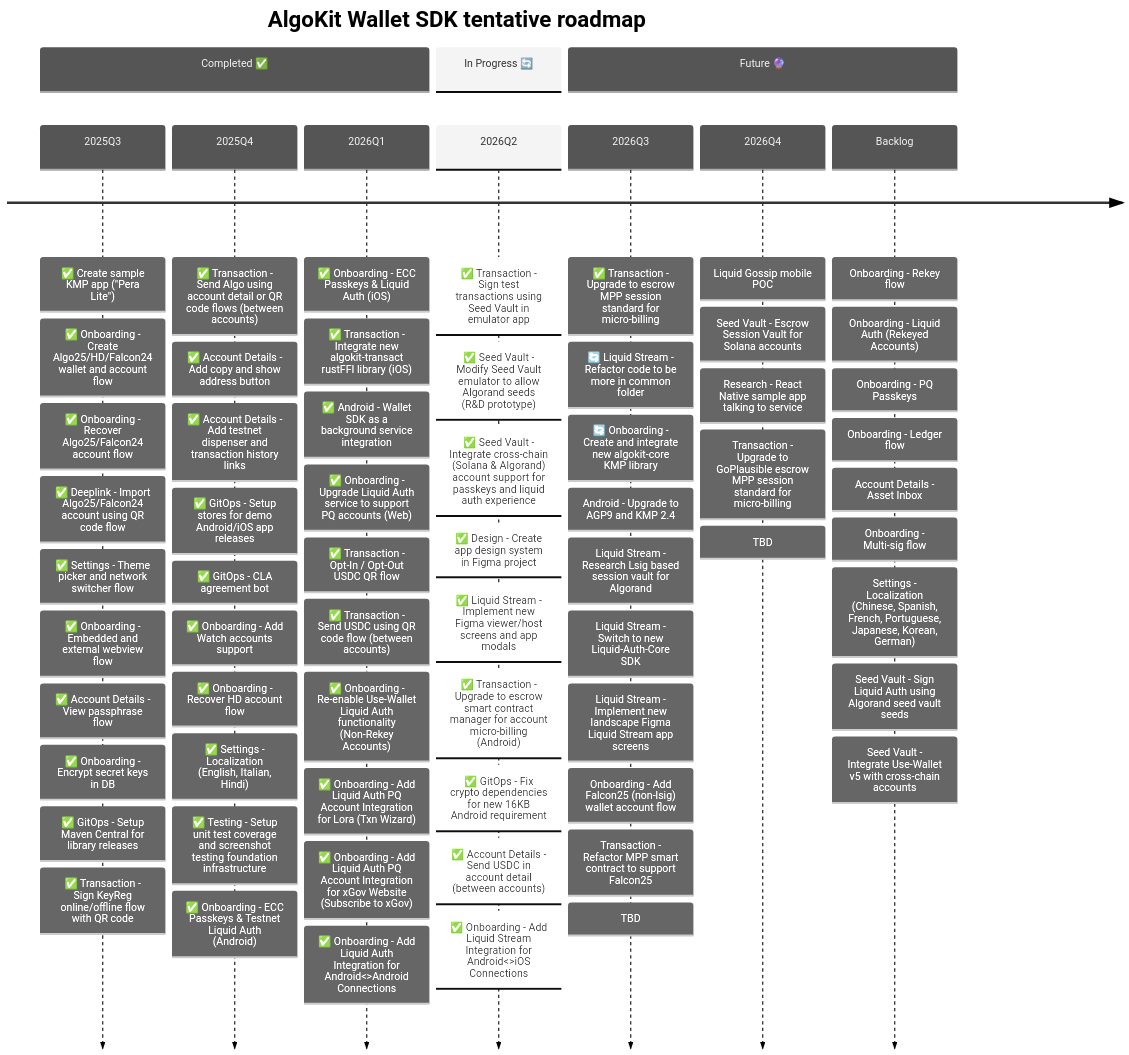
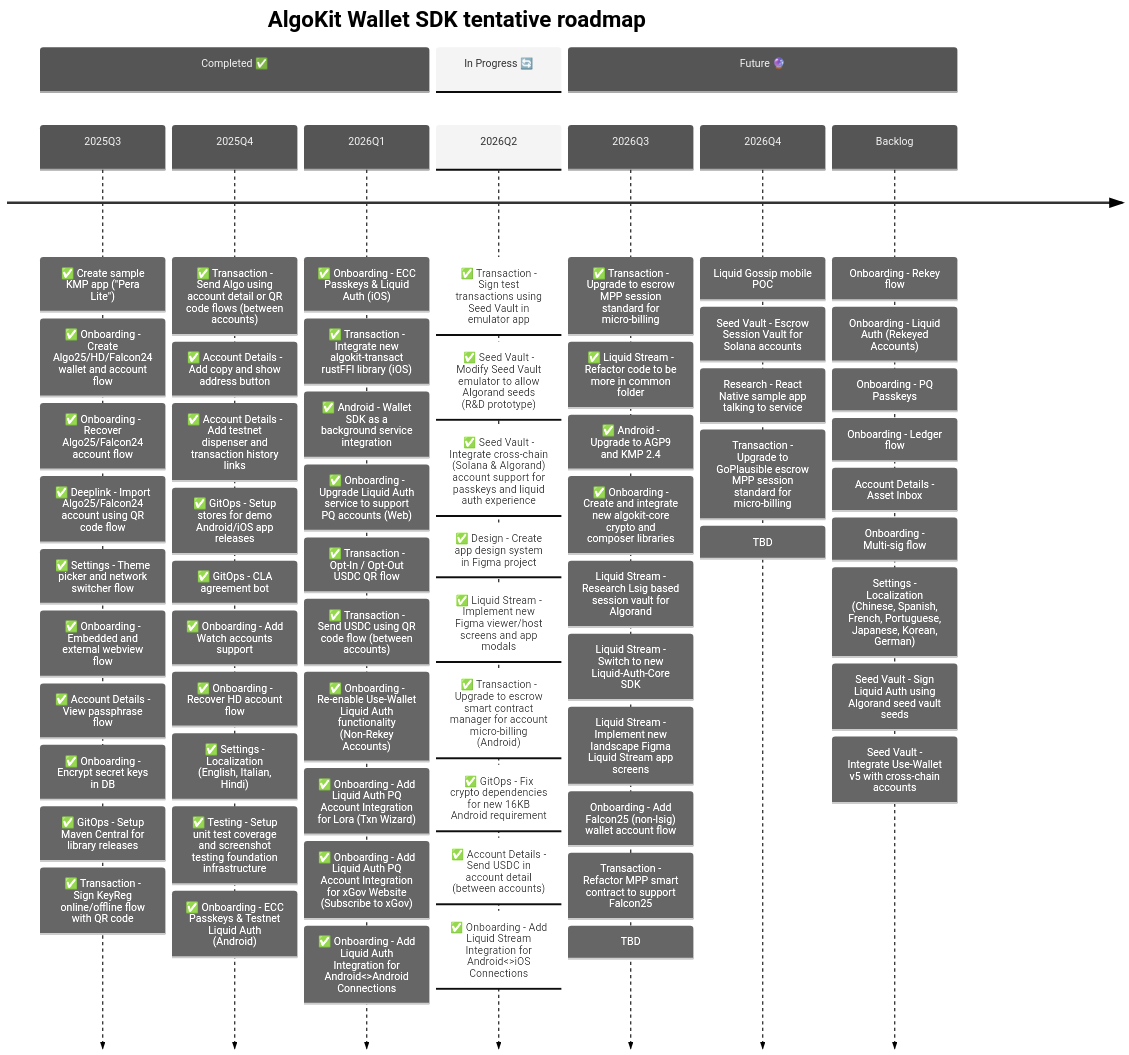
The second of 3 diagrams in README.md (michaeltchuangllc/algokit-walletsdk-kmp), drawn with Mermaid before and after one commit.

Commit message:
docs: update roadmap

````diff
--- a/README.md
+++ b/README.md
@@ -69,82 +69,82 @@
 ```mermaid
 ---
 config:
   theme: 'neutral'
 ---
 timeline
     title AlgoKit Wallet SDK tentative roadmap
 
     section Completed ✅
     2025Q3  : ✅ Create sample KMP app ("Pera Lite")
             : ✅ Onboarding - Create Algo25/HD/Falcon24 wallet and account flow
             : ✅ Onboarding - Recover Algo25/Falcon24 account flow
             : ✅ Deeplink - Import Algo25/Falcon24 account using QR code flow
             : ✅ Settings - Theme picker and network switcher flow
             : ✅ Onboarding - Embedded and external webview flow
             : ✅ Account Details - View passphrase flow
             : ✅ Onboarding - Encrypt secret keys in DB
             : ✅ GitOps - Setup Maven Central for library releases
             : ✅ Transaction - Sign KeyReg online/offline flow with QR code
 
     2025Q4  : ✅ Transaction - Send Algo using account detail or QR code flows (between accounts)
             : ✅ Account Details - Add copy and show address button
             : ✅ Account Details - Add testnet dispenser and transaction history links
             : ✅ GitOps - Setup stores for demo Android/iOS app releases
             : ✅ GitOps - CLA agreement bot
             : ✅ Onboarding - Add Watch accounts support
             : ✅ Onboarding - Recover HD account flow
             : ✅ Settings - Localization (English, Italian, Hindi)
             : ✅ Testing - Setup unit test coverage and screenshot testing foundation infrastructure
             : ✅ Onboarding - ECC Passkeys & Testnet Liquid Auth (Android)
 
     2026Q1  : ✅ Onboarding - ECC Passkeys & Liquid Auth (iOS)
             : ✅ Transaction - Integrate new algokit-transact rustFFI library (iOS)
             : ✅ Android - Wallet SDK as a background service integration
             : ✅ Onboarding - Upgrade Liquid Auth service to support PQ accounts (Web)
             : ✅ Transaction - Opt-In / Opt-Out USDC QR flow
             : ✅ Transaction - Send USDC using QR code flow (between accounts)
             : ✅ Onboarding - Re-enable Use-Wallet Liquid Auth functionality (Non-Rekey Accounts)
             : ✅ Onboarding - Add Liquid Auth PQ Account Integration for Lora (Txn Wizard)
             : ✅ Onboarding - Add Liquid Auth PQ Account Integration for xGov Website (Subscribe to xGov)
             : ✅ Onboarding - Add Liquid Auth Integration for Android<>Android Connections
 
     section In Progress 🔄
     2026Q2  : ✅ Transaction - Sign test transactions using Seed Vault in emulator app
             : ✅ Seed Vault - Modify Seed Vault emulator to allow Algorand seeds (R&D prototype)
             : ✅ Seed Vault - Integrate cross-chain (Solana & Algorand) account support for passkeys and liquid auth experience
             : ✅ Design - Create app design system in Figma project
             : ✅ Liquid Stream - Implement new Figma viewer/host screens and app modals
             : ✅ Transaction - Upgrade to escrow smart contract manager for account micro-billing (Android)
             : ✅ GitOps - Fix crypto dependencies for new 16KB Android requirement
             : ✅ Account Details - Send USDC in account detail (between accounts)
             : ✅ Onboarding - Add Liquid Stream Integration for Android<>iOS Connections
             
     section Future 🔮
     2026Q3   : ✅ Transaction - Upgrade to escrow MPP session standard for micro-billing
-             : 🔄 Liquid Stream - Refactor code to be more in common folder
-             : 🔄 Onboarding - Create and integrate new algokit-core KMP library
-             : Android - Upgrade to AGP9 and KMP 2.4
+             : ✅ Liquid Stream - Refactor code to be more in common folder
+             : ✅ Android - Upgrade to AGP9 and KMP 2.4
+             : ✅ Onboarding - Create and integrate new algokit-core crypto and composer libraries
              : Liquid Stream - Research Lsig based session vault for Algorand 
              : Liquid Stream - Switch to new Liquid-Auth-Core SDK
              : Liquid Stream - Implement new landscape Figma Liquid Stream app screens
              : Onboarding - Add Falcon25 (non-lsig) wallet account flow
              : Transaction - Refactor MPP smart contract to support Falcon25
              : TBD
     2026Q4   
              : Liquid Gossip mobile POC
              : Seed Vault - Escrow Session Vault for Solana accounts 
              : Research - React Native sample app talking to service
              : Transaction - Upgrade to GoPlausible escrow MPP session standard for micro-billing
              : TBD
     Backlog
             : Onboarding - Rekey flow
             : Onboarding - Liquid Auth (Rekeyed Accounts)
             : Onboarding - PQ Passkeys
             : Onboarding - Ledger flow
             : Account Details - Asset Inbox
             : Onboarding - Multi-sig flow
             : Settings - Localization (Chinese, Spanish, French, Portuguese, Japanese, Korean, German)
             : Seed Vault - Sign Liquid Auth using Algorand seed vault seeds
             : Seed Vault - Integrate Use-Wallet v5 with cross-chain accounts
 
 ```
````
